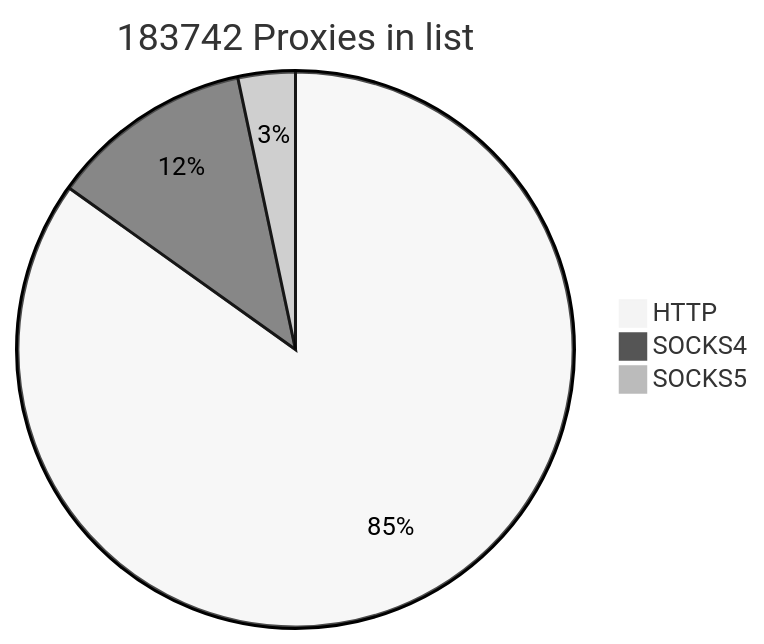
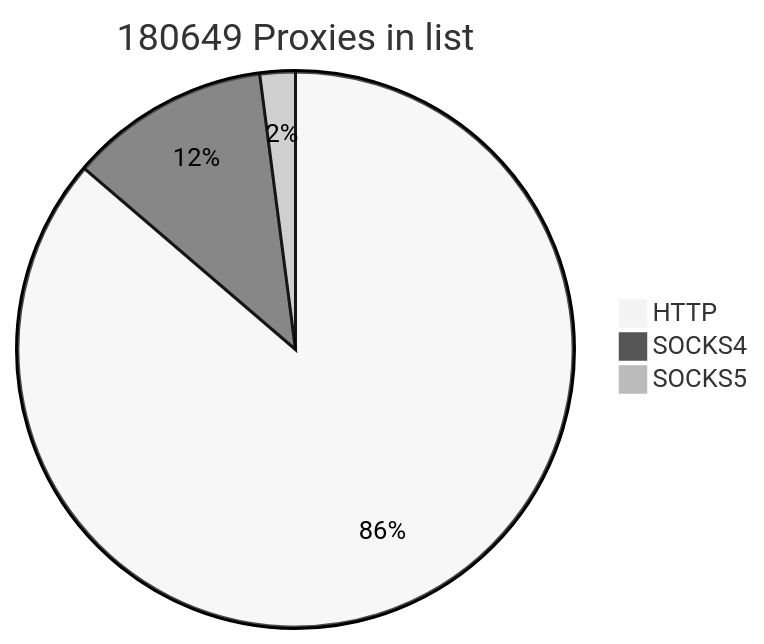
Before and after one commit to cutipu/proxylist: the first of 2 diagrams in README.md, drawn with Mermaid (neutral theme). The commit also changed other lines of this file, not shown here.

````diff
--- a/README.md
+++ b/README.md
@@ -2,7 +2,7 @@
 ```mermaid
-pie title 183742 Proxies in list
-    "HTTP" : 155933
-    "SOCKS4" : 21690
-    "SOCKS5" : 6119
+pie title 180649 Proxies in list
+    "HTTP" : 155865
+    "SOCKS4" : 21066
+    "SOCKS5" : 3718
             
 ```
````
